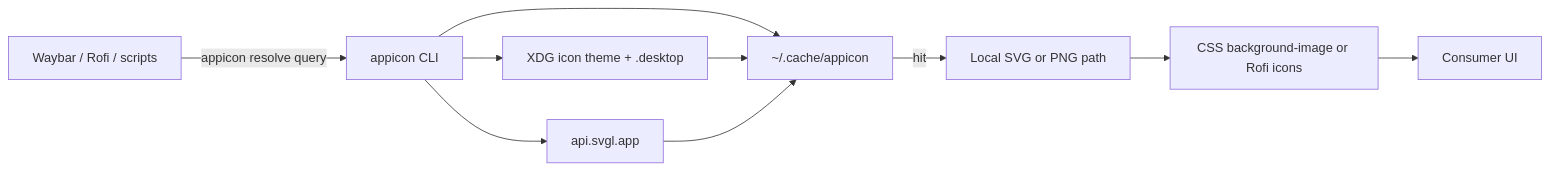
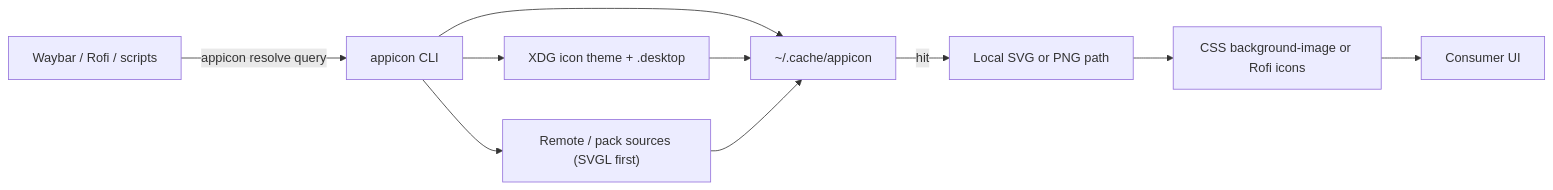
The diagram in docs/plan.md (bolens/appicon), drawn with Mermaid before and after one commit. The commit also changed other lines of this file and 45 other files, not shown here.

````diff
--- a/docs/plan.md
+++ b/docs/plan.md
@@ -41,12 +59,12 @@
 ```mermaid
 flowchart LR
   consumer["Waybar / Rofi / scripts"] -->|"appicon resolve query"| cli[appicon CLI]
   cli --> cache["~/.cache/appicon"]
   cli --> xdg[XDG icon theme + .desktop]
-  cli --> svgl[api.svgl.app]
+  cli --> sources["Remote / pack sources (SVGL first)"]
   cache -->|"hit"| path[Local SVG or PNG path]
   xdg --> cache
-  svgl --> cache
+  sources --> cache
   path --> css["CSS background-image or Rofi icons"]
   css --> ui[Consumer UI]
 ```
````
